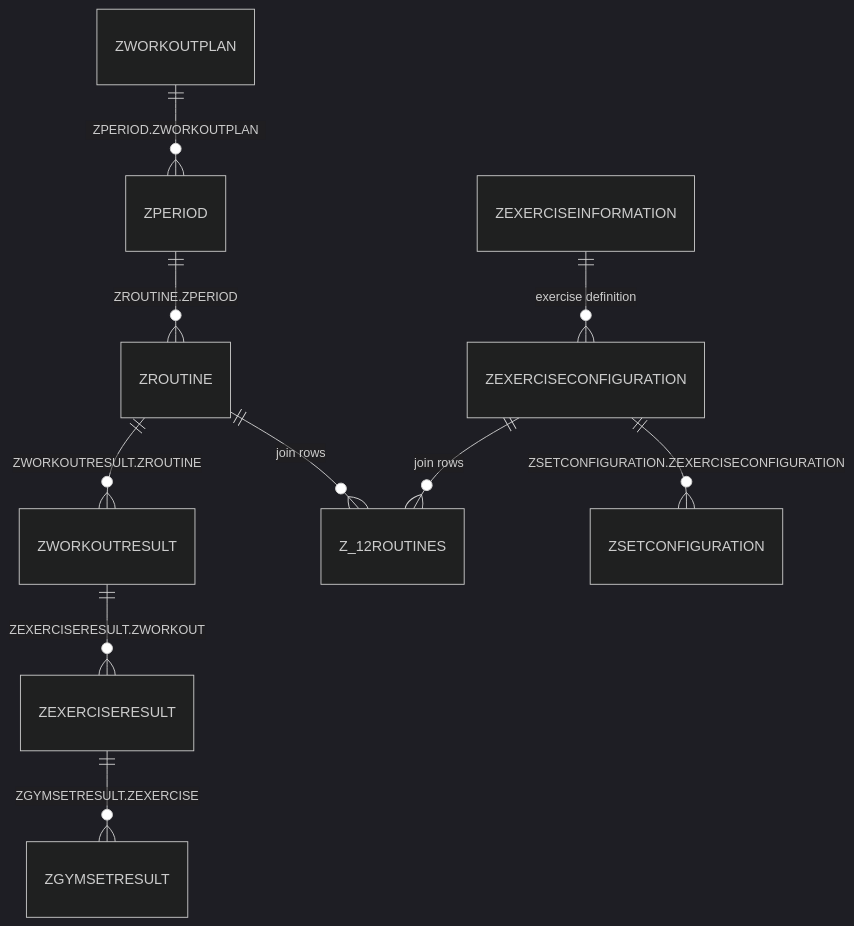
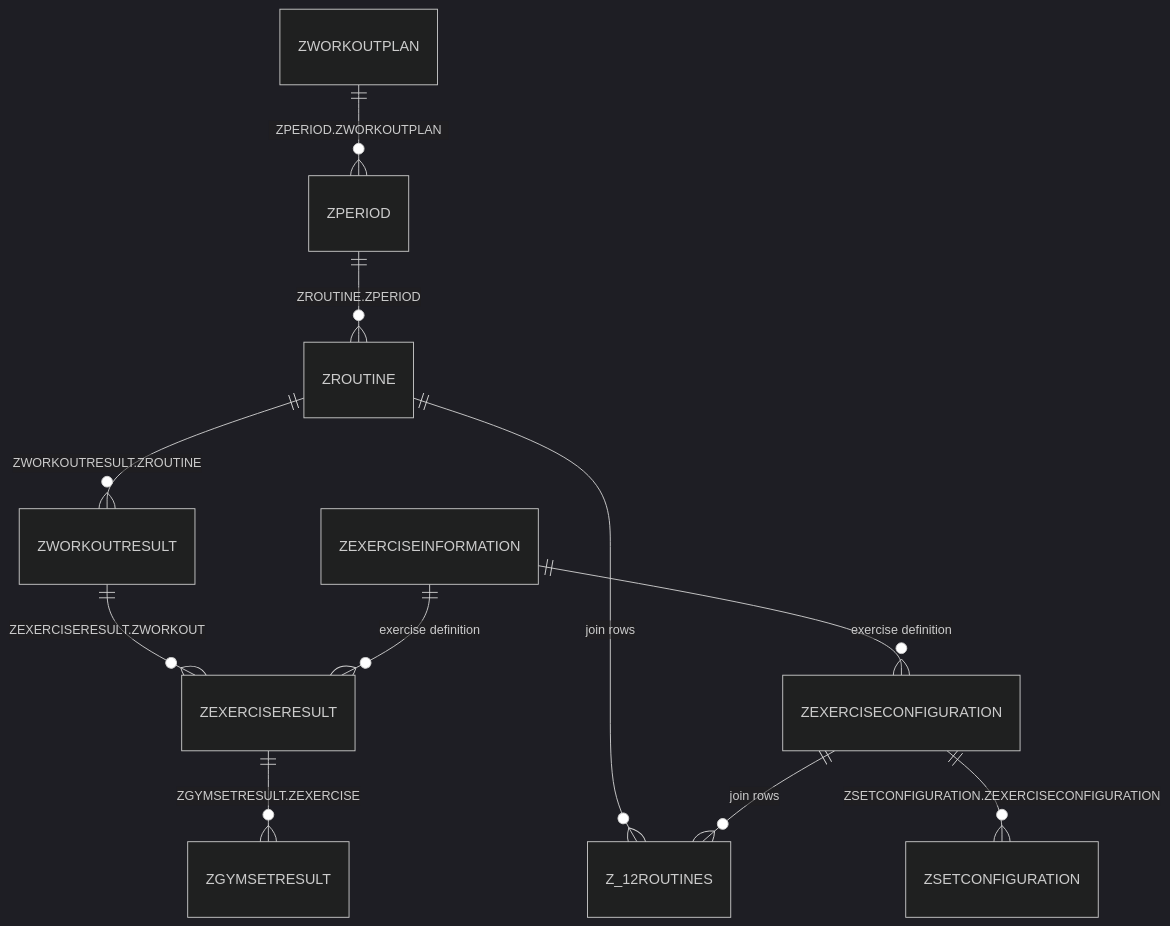
The diagram in reference/db_schema.md (NickChristensen/cliftin), drawn with Mermaid (dark theme) before and after one commit. The commit also changed other lines of this file and 76 other files, not shown here.

````diff
--- a/reference/db_schema.md
+++ b/reference/db_schema.md
@@ -13,12 +13,13 @@
 ```mermaid
 erDiagram
   ZWORKOUTPLAN ||--o{ ZPERIOD : "ZPERIOD.ZWORKOUTPLAN"
   ZPERIOD ||--o{ ZROUTINE : "ZROUTINE.ZPERIOD"
   ZROUTINE ||--o{ ZWORKOUTRESULT : "ZWORKOUTRESULT.ZROUTINE"
   ZROUTINE ||--o{ Z_12ROUTINES : "join rows"
   ZEXERCISECONFIGURATION ||--o{ Z_12ROUTINES : "join rows"
   ZEXERCISECONFIGURATION ||--o{ ZSETCONFIGURATION : "ZSETCONFIGURATION.ZEXERCISECONFIGURATION"
   ZWORKOUTRESULT ||--o{ ZEXERCISERESULT : "ZEXERCISERESULT.ZWORKOUT"
+  ZEXERCISEINFORMATION ||--o{ ZEXERCISERESULT : "exercise definition"
   ZEXERCISERESULT ||--o{ ZGYMSETRESULT : "ZGYMSETRESULT.ZEXERCISE"
   ZEXERCISEINFORMATION ||--o{ ZEXERCISECONFIGURATION : "exercise definition"
 ```
````
